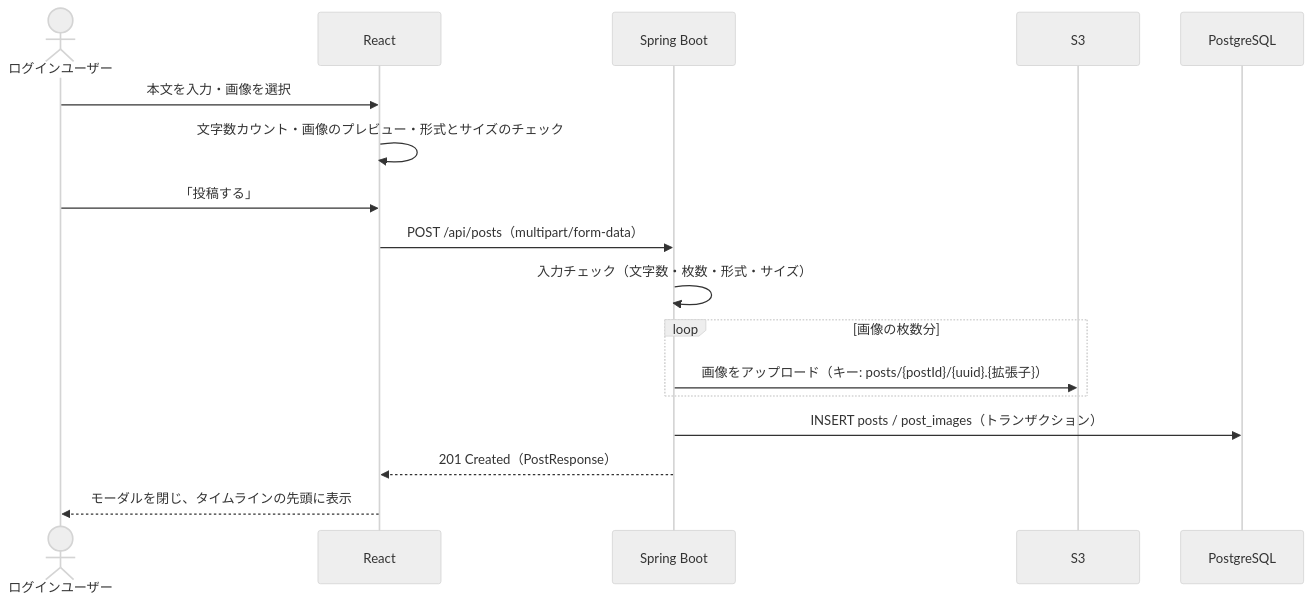
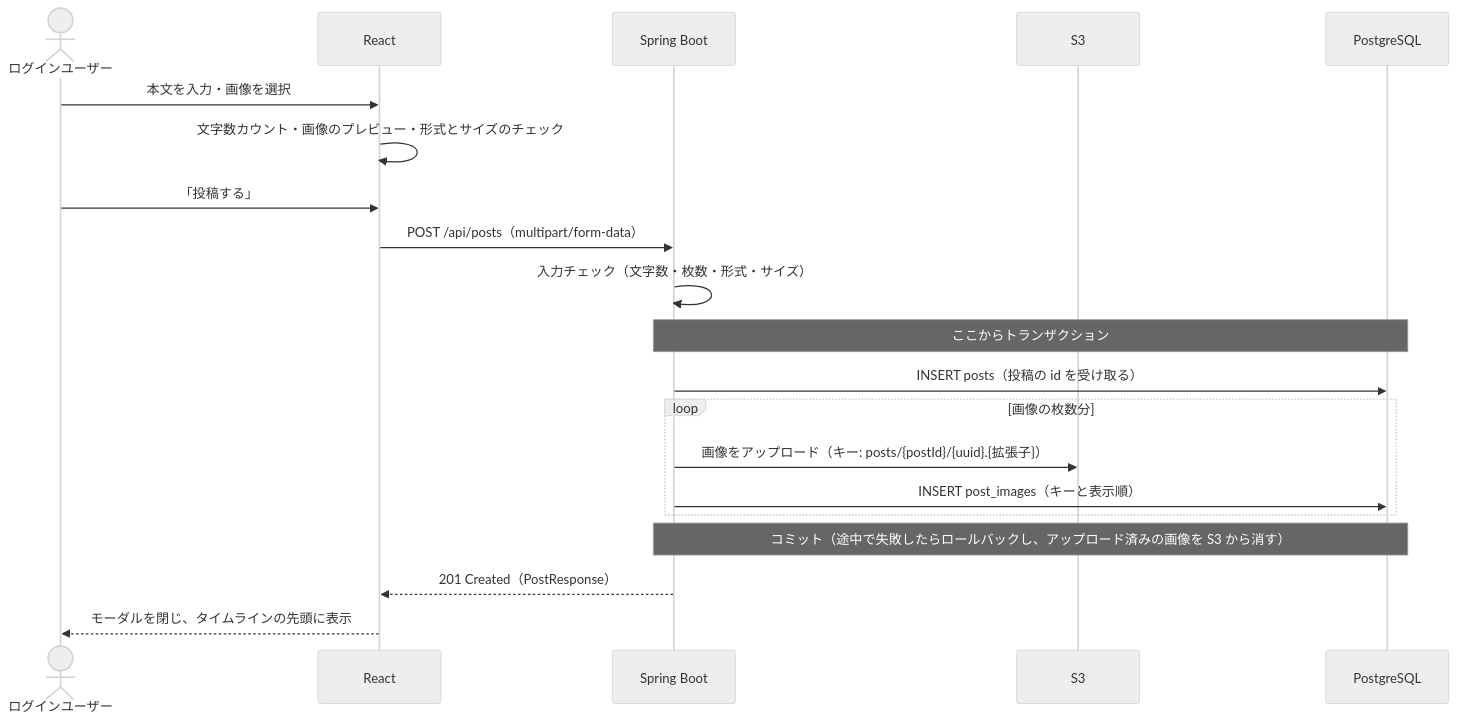
Before and after one commit to takeuchikoutagg/RaiseTime-Line: the diagram in docs/機能定義書/F-04_投稿作成.md, drawn with Mermaid (neutral theme). The commit also changed other lines of this file and 39 other files, not shown here.

````diff
--- a/docs/機能定義書/F-04_投稿作成.md
+++ b/docs/機能定義書/F-04_投稿作成.md
@@ -31,20 +31,23 @@
 ```mermaid
 sequenceDiagram
     actor U as ログインユーザー
     participant F as React
     participant B as Spring Boot
     participant S as S3
     participant D as PostgreSQL
 
     U->>F: 本文を入力・画像を選択
     F->>F: 文字数カウント・画像のプレビュー・形式とサイズのチェック
     U->>F: 「投稿する」
     F->>B: POST /api/posts（multipart/form-data）
     B->>B: 入力チェック（文字数・枚数・形式・サイズ）
+    Note over B,D: ここからトランザクション
+    B->>D: INSERT posts（投稿の id を受け取る）
     loop 画像の枚数分
         B->>S: 画像をアップロード（キー: posts/{postId}/{uuid}.{拡張子}）
+        B->>D: INSERT post_images（キーと表示順）
     end
-    B->>D: INSERT posts / post_images（トランザクション）
+    Note over B,D: コミット（途中で失敗したらロールバックし、アップロード済みの画像を S3 から消す）
     B-->>F: 201 Created（PostResponse）
     F-->>U: モーダルを閉じ、タイムラインの先頭に表示
 ```
````
